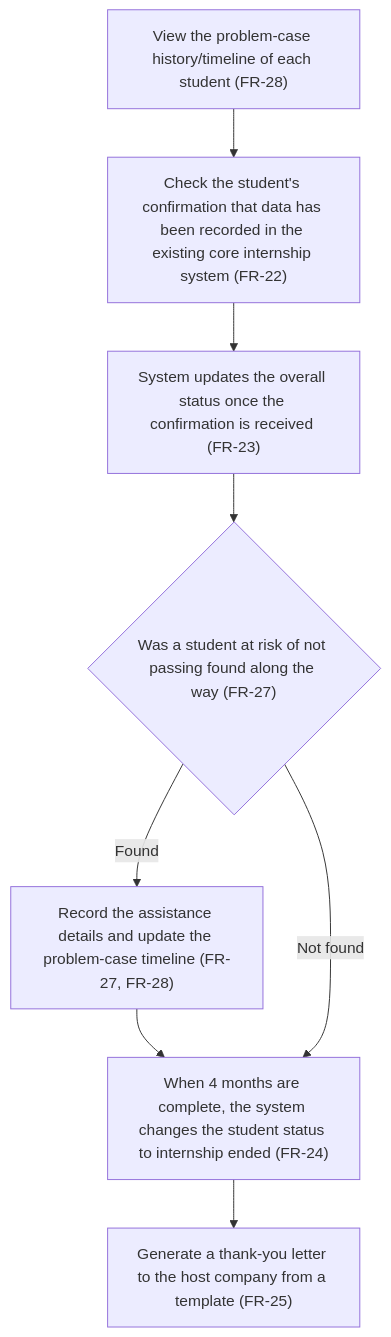
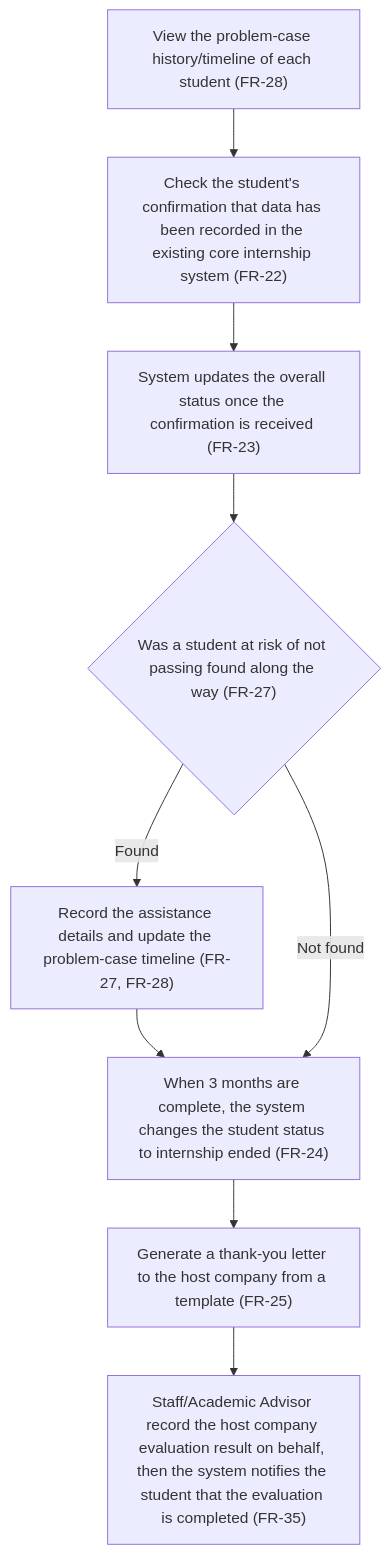
Before and after one commit to prascymj/se-internship-system: the fifth of 5 diagrams in design/user-journey.md, drawn with Mermaid. The commit also changed other lines of this file and 17 other files, not shown here.

Commit message:
Update: internship duration 3 months; add FR-35 (host company evaluation → student notified). EN+TH synced.

````diff
--- a/design/user-journey.md
+++ b/design/user-journey.md
@@ -232,16 +234,17 @@
 ```mermaid
 flowchart TD
     A["View the problem-case history/timeline of each student (FR-28)"]
     B["Check the student's confirmation that data has been recorded in the existing core internship system (FR-22)"]
     C["System updates the overall status once the confirmation is received (FR-23)"]
     D{"Was a student at risk of not passing found along the way (FR-27)"}
     E["Record the assistance details and update the problem-case timeline (FR-27, FR-28)"]
-    F["When 4 months are complete, the system changes the student status to internship ended (FR-24)"]
+    F["When 3 months are complete, the system changes the student status to internship ended (FR-24)"]
     G["Generate a thank-you letter to the host company from a template (FR-25)"]
+    H["Staff/Academic Advisor record the host company evaluation result on behalf, then the system notifies the student that the evaluation is completed (FR-35)"]
 
     A --> B --> C --> D
     D -->|Found| E
     E --> F
     D -->|Not found| F
-    F --> G
+    F --> G --> H
 ```
````
